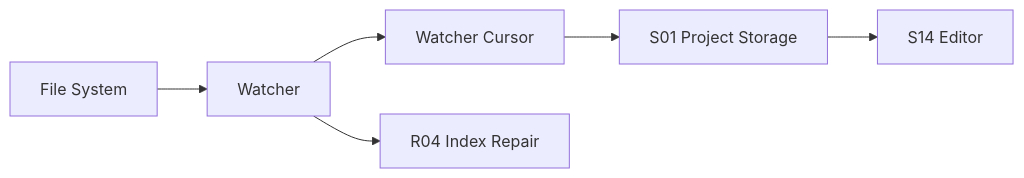
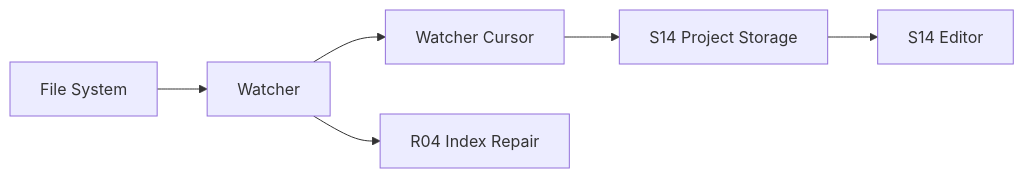
The diagram in spec/platform/I03-filesystem-and-watcher.md (jinhuang712/open-novel), drawn with Mermaid before and after one commit. The commit also changed other lines of this file and 79 other files, not shown here.

````diff
--- a/spec/platform/I03-filesystem-and-watcher.md
+++ b/spec/platform/I03-filesystem-and-watcher.md
@@ -16,8 +16,8 @@
 ```mermaid
 flowchart LR
   FS[File System] --> Watcher[Watcher]
   Watcher --> Cursor[Watcher Cursor]
-  Cursor --> Storage[S01 Project Storage]
+  Cursor --> Storage[S14 Project Storage]
   Watcher --> Reindex[R04 Index Repair]
   Storage --> Editor[S14 Editor]
 ```
````
